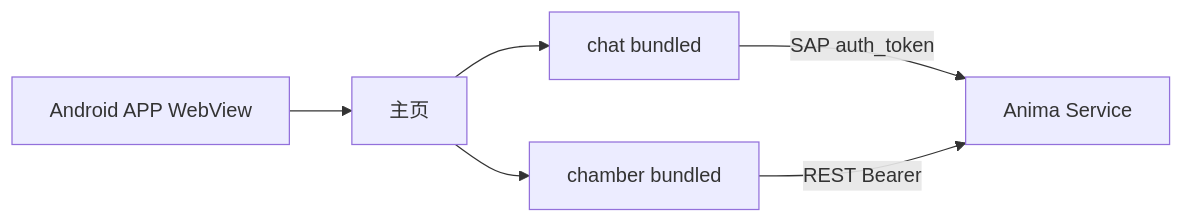
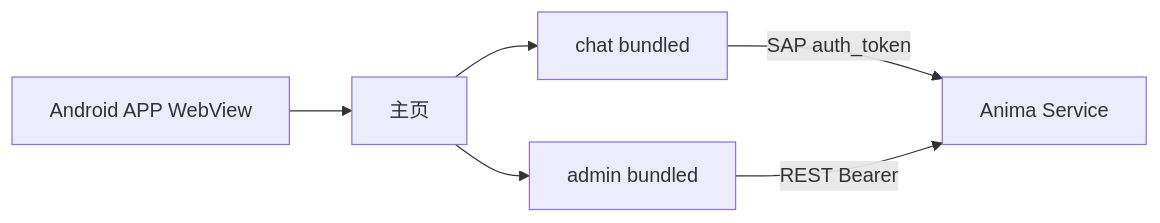
One commit to freeanima-org/freeanima changed the diagram in docs/features/mobile-app.md. Above: the diagram before and after it, drawn with Mermaid. The commit also changed other lines of this file and 559 other files, not shown here.

````diff
--- a/docs/features/mobile-app.md
+++ b/docs/features/mobile-app.md
@@ -21,14 +21,14 @@
 ```mermaid
 flowchart LR
   Phone[Android APP WebView]
   Home[主页]
   Chat[chat bundled]
-  Chamber[chamber bundled]
+  Admin[admin bundled]
   Hub[Anima Service]
 
   Phone --> Home
   Home --> Chat
-  Home --> Chamber
+  Home --> Admin
   Chat -->|SAP auth_token| Hub
-  Chamber -->|REST Bearer| Hub
+  Admin -->|REST Bearer| Hub
 ```
````
